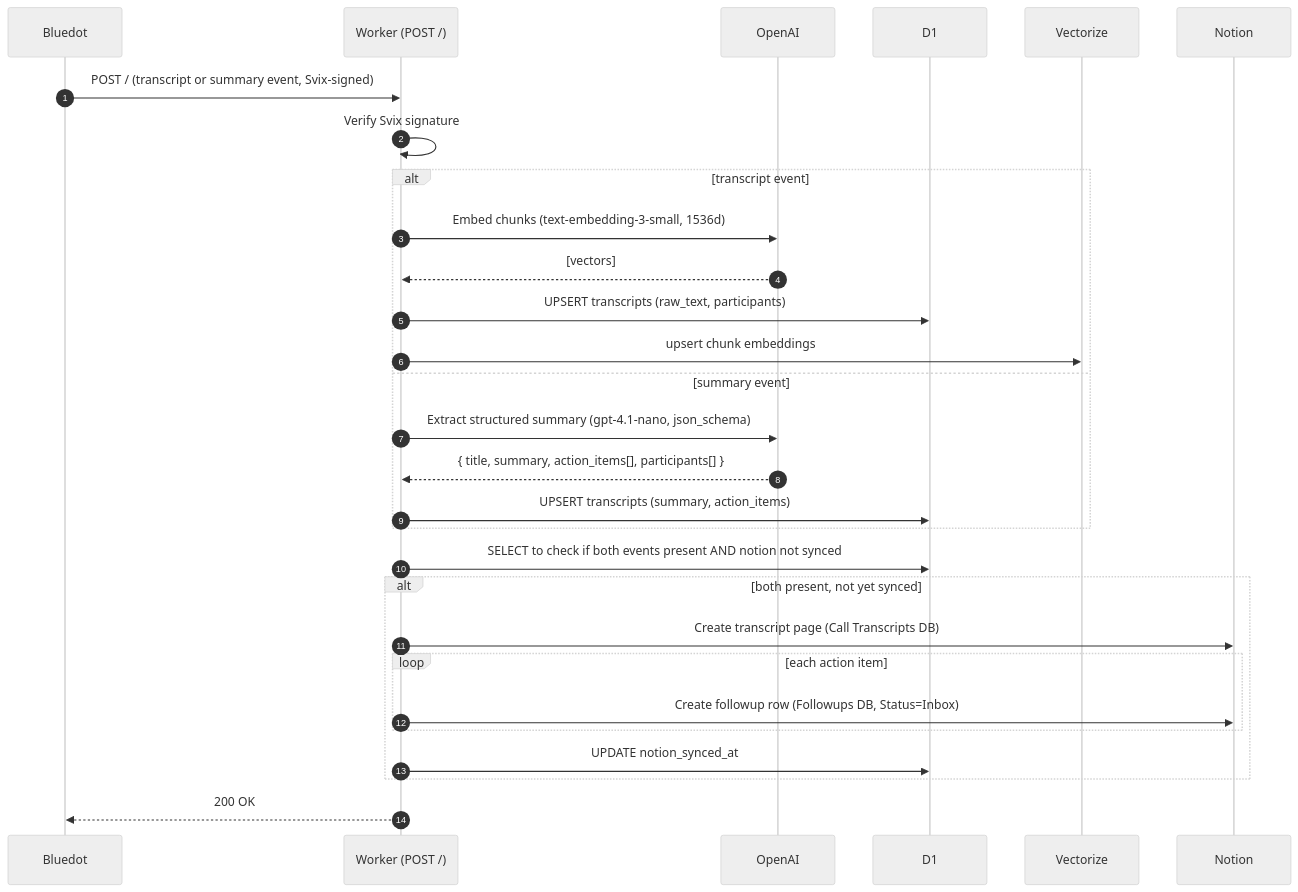
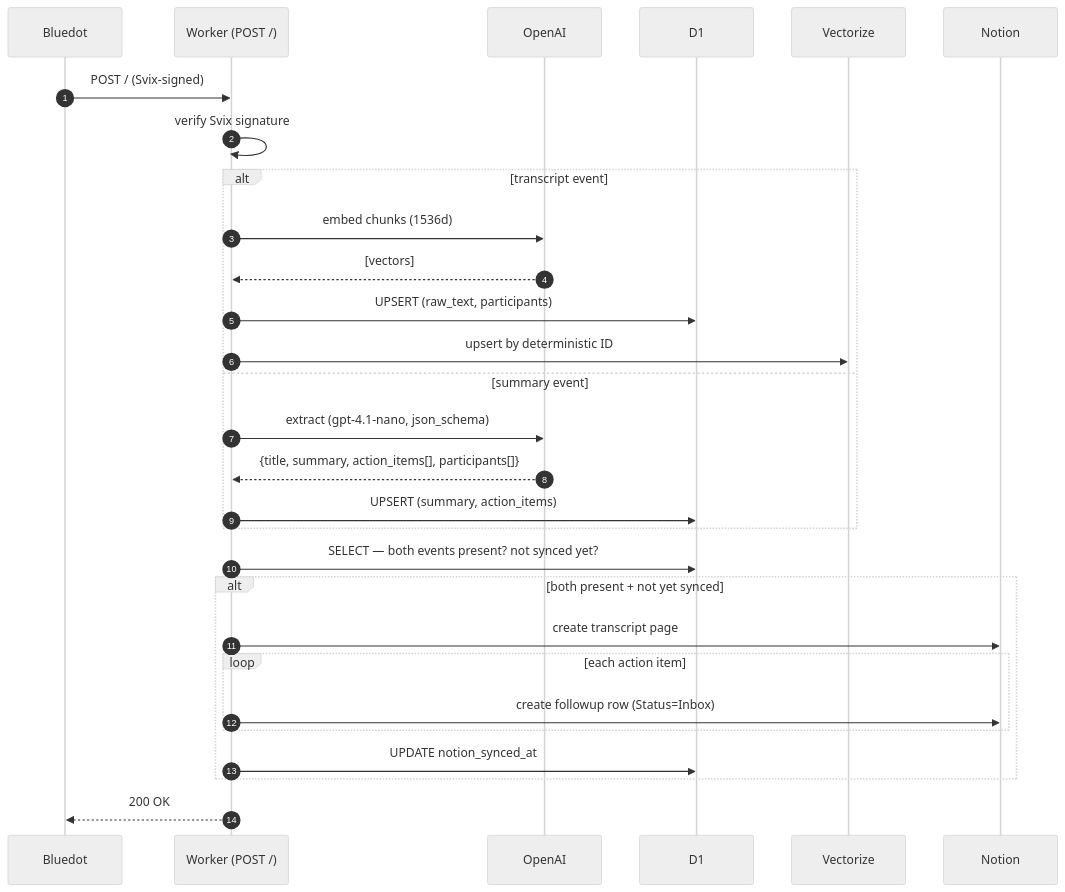
The second of 4 diagrams in docs/architecture.md (jchu96/bluedot-rag), drawn with Mermaid (neutral theme) before and after one commit. The commit also changed other lines of this file and 2 other files, not shown here.

First line of the commit message:
docs: rewrite README and docs/architecture.md for clarity

````diff
--- a/docs/architecture.md
+++ b/docs/architecture.md
@@ -11,32 +113,32 @@
 ```mermaid
 sequenceDiagram
     autonumber
     participant B as Bluedot
     participant W as Worker (POST /)
     participant O as OpenAI
     participant D as D1
     participant V as Vectorize
     participant N as Notion
 
-    B->>W: POST / (transcript or summary event, Svix-signed)
-    W->>W: Verify Svix signature
+    B->>W: POST / (Svix-signed)
+    W->>W: verify Svix signature
     alt transcript event
-        W->>O: Embed chunks (text-embedding-3-small, 1536d)
+        W->>O: embed chunks (1536d)
         O-->>W: [vectors]
-        W->>D: UPSERT transcripts (raw_text, participants)
-        W->>V: upsert chunk embeddings
+        W->>D: UPSERT (raw_text, participants)
+        W->>V: upsert by deterministic ID
     else summary event
-        W->>O: Extract structured summary (gpt-4.1-nano, json_schema)
-        O-->>W: { title, summary, action_items[], participants[] }
-        W->>D: UPSERT transcripts (summary, action_items)
+        W->>O: extract (gpt-4.1-nano, json_schema)
+        O-->>W: {title, summary, action_items[], participants[]}
+        W->>D: UPSERT (summary, action_items)
     end
-    W->>D: SELECT to check if both events present AND notion not synced
-    alt both present, not yet synced
-        W->>N: Create transcript page (Call Transcripts DB)
+    W->>D: SELECT — both events present? not synced yet?
+    alt both present + not yet synced
+        W->>N: create transcript page
         loop each action item
-            W->>N: Create followup row (Followups DB, Status=Inbox)
+            W->>N: create followup row (Status=Inbox)
         end
         W->>D: UPDATE notion_synced_at
     end
     W-->>B: 200 OK
 ```
````
